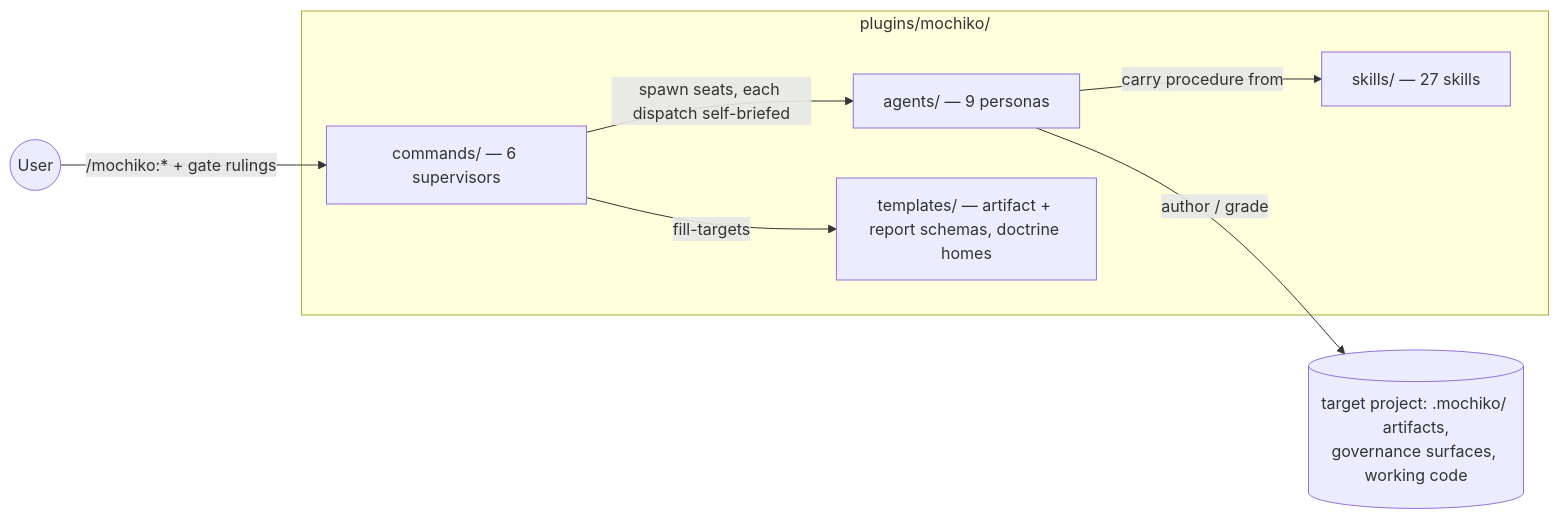
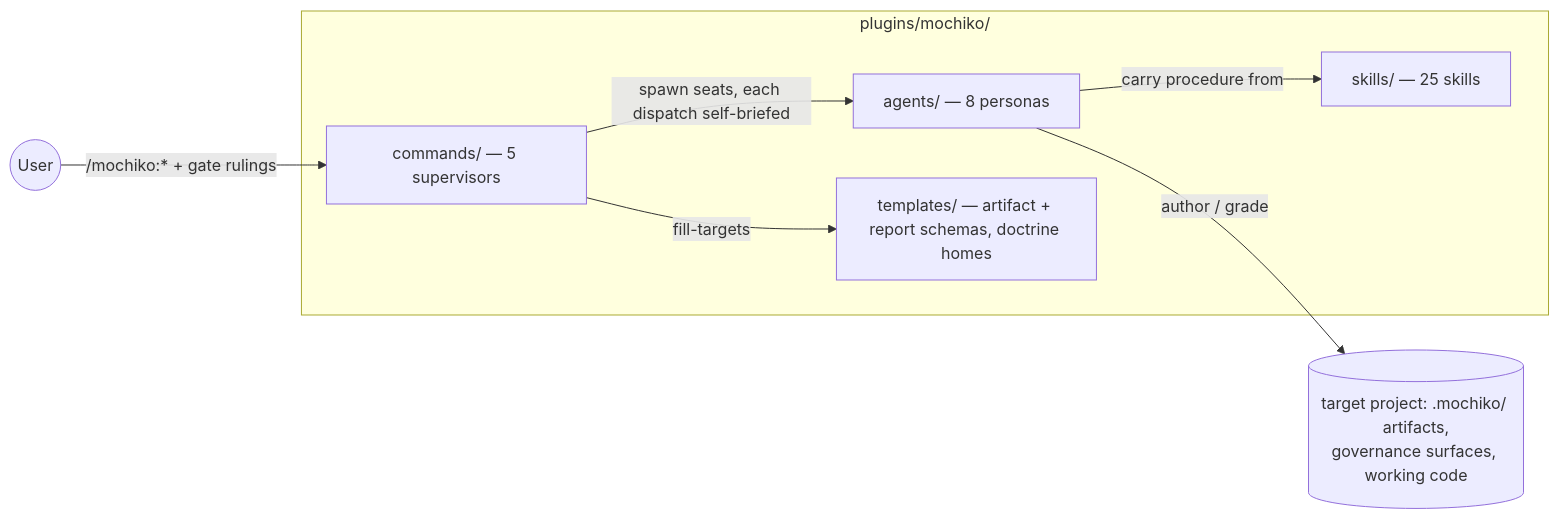
The first of 7 diagrams in ARCHITECTURE.md (humaninloop-dev/mochiko), drawn with Mermaid before and after one commit. The commit also changed other lines of this file and 66 other files, not shown here.

````diff
--- a/ARCHITECTURE.md
+++ b/ARCHITECTURE.md
@@ -19,15 +19,15 @@
 ```mermaid
 flowchart LR
   user(("User"))
   user -->|"/mochiko:* + gate rulings"| commands
   subgraph plugin ["plugins/mochiko/"]
-    commands["commands/ — 6 supervisors"]
-    agents["agents/ — 9 personas"]
-    skills["skills/ — 27 skills"]
+    commands["commands/ — 5 supervisors"]
+    agents["agents/ — 8 personas"]
+    skills["skills/ — 25 skills"]
     templates["templates/ — artifact + report schemas, doctrine homes"]
     commands -->|"spawn seats, each dispatch self-briefed"| agents
     agents -->|"carry procedure from"| skills
     commands -->|"fill-targets"| templates
   end
   agents -->|"author / grade"| target[("target project: .mochiko/ artifacts,<br/>governance surfaces, working code")]
 ```
````
